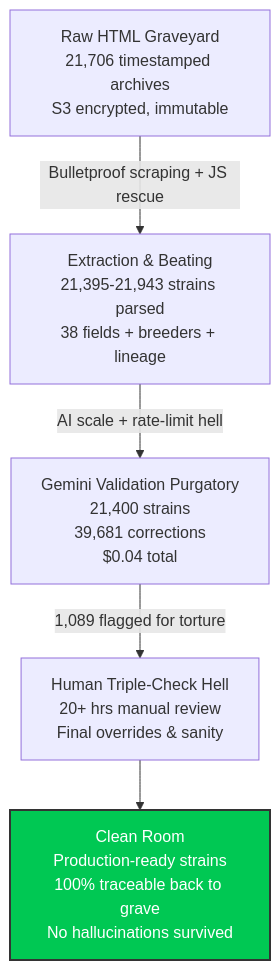
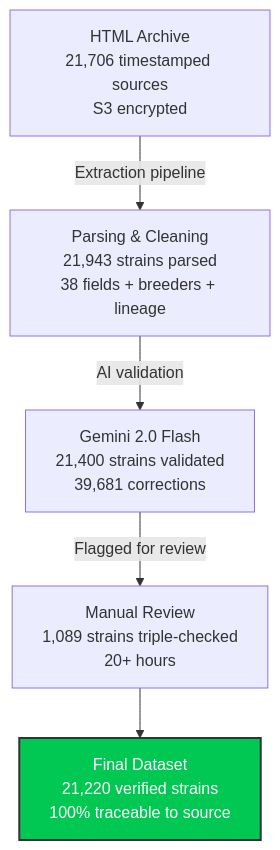
The diagram in README.md (Shannon-Goddard/ci-strains-pro), drawn with Mermaid before and after one commit. The commit also changed other lines of this file and 229 other files, not shown here.

````diff
--- a/README.md
+++ b/README.md
@@ -21,8 +69,8 @@
 ```mermaid
 graph TD
-    A[Raw HTML Graveyard<br/>21,706 timestamped archives<br/>S3 encrypted, immutable] -->|Bulletproof scraping + JS rescue| B[Extraction & Beating<br/>21,395-21,943 strains parsed<br/>38 fields + breeders + lineage]
-    B -->|AI scale + rate-limit hell| C[Gemini Validation Purgatory<br/>21,400 strains<br/>39,681 corrections<br/>$0.04 total]
-    C -->|1,089 flagged for torture| D[Human Triple-Check Hell<br/>20+ hrs manual review<br/>Final overrides & sanity]
-    D --> E[Clean Room<br/>Production-ready strains<br/>100% traceable back to grave<br/>No hallucinations survived]
+    A[HTML Archive<br/>21,706 timestamped sources<br/>S3 encrypted] -->|Extraction pipeline| B[Parsing & Cleaning<br/>21,943 strains parsed<br/>38 fields + breeders + lineage]
+    B -->|AI validation| C[Gemini 2.0 Flash<br/>21,400 strains validated<br/>39,681 corrections]
+    C -->|Flagged for review| D[Manual Review<br/>1,089 strains triple-checked<br/>20+ hours]
+    D --> E[Final Dataset<br/>21,220 verified strains<br/>100% traceable to source]
     style E fill:#00c853,stroke:#333,stroke-width:2px,color:#fff
 ```
````
